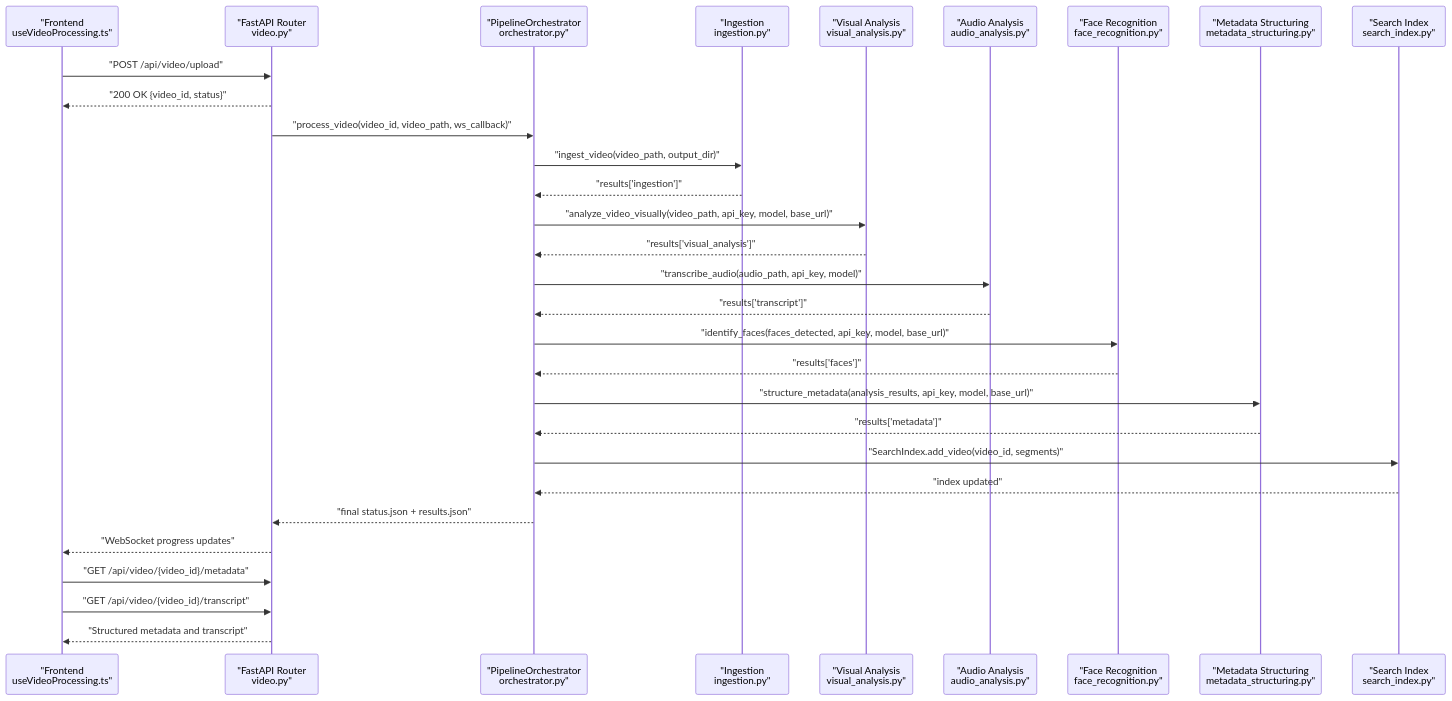
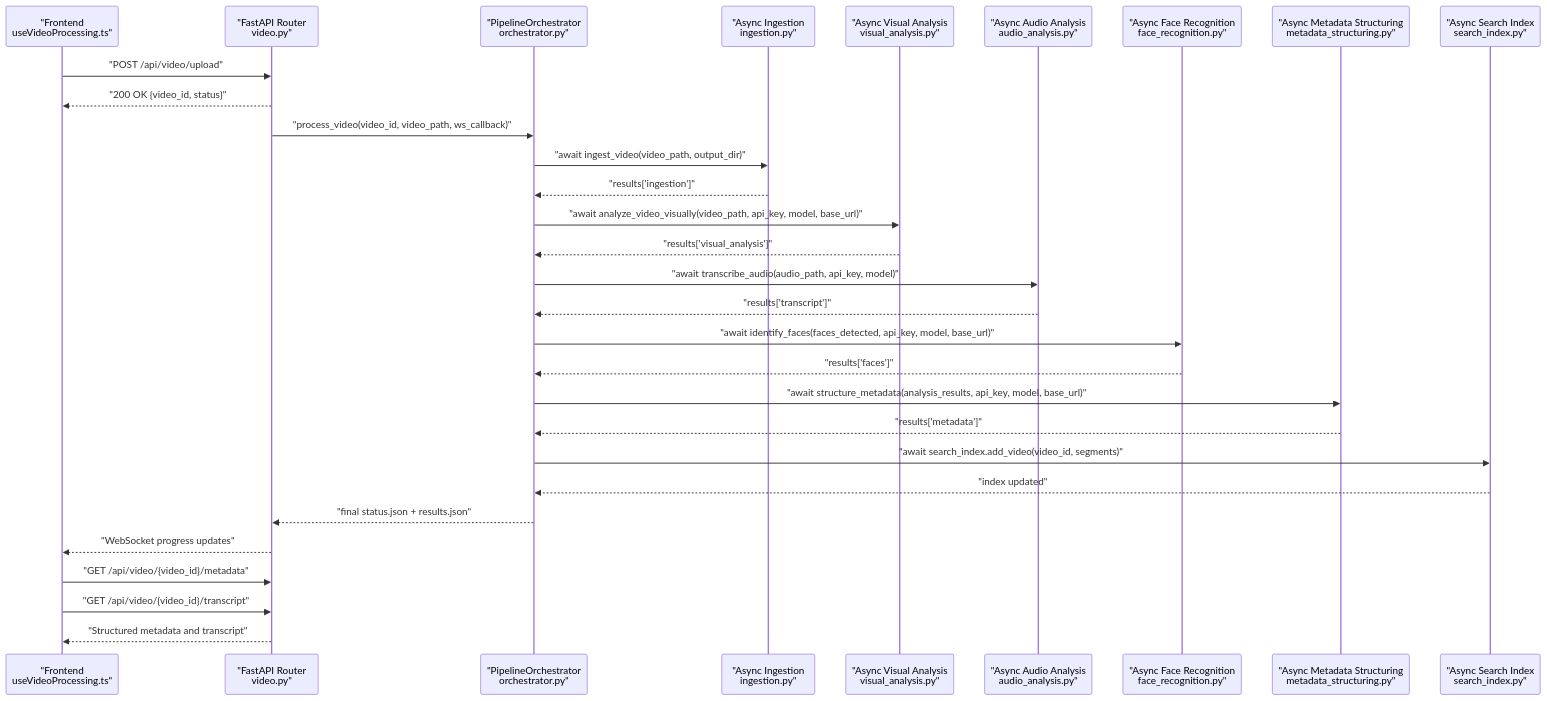
Before and after one commit to alexandreybasta-cyber/dubai-media-ai: the second of 6 diagrams in .qoder/repowiki/en/content/Media Processing Pipeline/Pipeline Overview and Architecture.md, drawn with Mermaid. The commit also changed other lines of this file and 30 other files, not shown here.

````diff
--- a/.qoder/repowiki/en/content/Media Processing Pipeline/Pipeline Overview and Architecture.md
+++ b/.qoder/repowiki/en/content/Media Processing Pipeline/Pipeline Overview and Architecture.md
@@ -105,32 +109,32 @@
 ```mermaid
 sequenceDiagram
 participant FE as "Frontend<br/>useVideoProcessing.ts"
 participant API as "FastAPI Router<br/>video.py"
 participant ORCH as "PipelineOrchestrator<br/>orchestrator.py"
-participant ST1 as "Ingestion<br/>ingestion.py"
-participant ST2 as "Visual Analysis<br/>visual_analysis.py"
-participant ST3 as "Audio Analysis<br/>audio_analysis.py"
-participant ST4 as "Face Recognition<br/>face_recognition.py"
-participant ST5 as "Metadata Structuring<br/>metadata_structuring.py"
-participant ST6 as "Search Index<br/>search_index.py"
+participant ST1 as "Async Ingestion<br/>ingestion.py"
+participant ST2 as "Async Visual Analysis<br/>visual_analysis.py"
+participant ST3 as "Async Audio Analysis<br/>audio_analysis.py"
+participant ST4 as "Async Face Recognition<br/>face_recognition.py"
+participant ST5 as "Async Metadata Structuring<br/>metadata_structuring.py"
+participant ST6 as "Async Search Index<br/>search_index.py"
 FE->>API : "POST /api/video/upload"
 API-->>FE : "200 OK {video_id, status}"
 API->>ORCH : "process_video(video_id, video_path, ws_callback)"
-ORCH->>ST1 : "ingest_video(video_path, output_dir)"
+ORCH->>ST1 : "await ingest_video(video_path, output_dir)"
 ST1-->>ORCH : "results['ingestion']"
-ORCH->>ST2 : "analyze_video_visually(video_path, api_key, model, base_url)"
+ORCH->>ST2 : "await analyze_video_visually(video_path, api_key, model, base_url)"
 ST2-->>ORCH : "results['visual_analysis']"
-ORCH->>ST3 : "transcribe_audio(audio_path, api_key, model)"
+ORCH->>ST3 : "await transcribe_audio(audio_path, api_key, model)"
 ST3-->>ORCH : "results['transcript']"
-ORCH->>ST4 : "identify_faces(faces_detected, api_key, model, base_url)"
+ORCH->>ST4 : "await identify_faces(faces_detected, api_key, model, base_url)"
 ST4-->>ORCH : "results['faces']"
-ORCH->>ST5 : "structure_metadata(analysis_results, api_key, model, base_url)"
+ORCH->>ST5 : "await structure_metadata(analysis_results, api_key, model, base_url)"
 ST5-->>ORCH : "results['metadata']"
-ORCH->>ST6 : "SearchIndex.add_video(video_id, segments)"
+ORCH->>ST6 : "await search_index.add_video(video_id, segments)"
 ST6-->>ORCH : "index updated"
 ORCH-->>API : "final status.json + results.json"
 API-->>FE : "WebSocket progress updates"
 FE->>API : "GET /api/video/{video_id}/metadata"
 FE->>API : "GET /api/video/{video_id}/transcript"
 API-->>FE : "Structured metadata and transcript"
 ```
````
